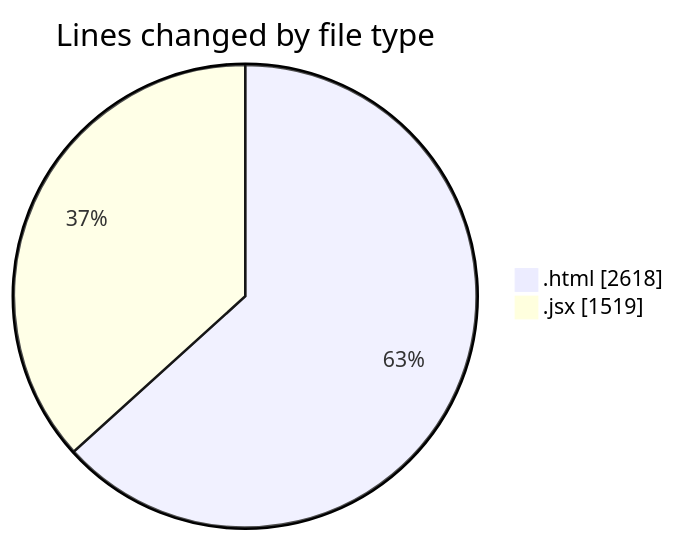
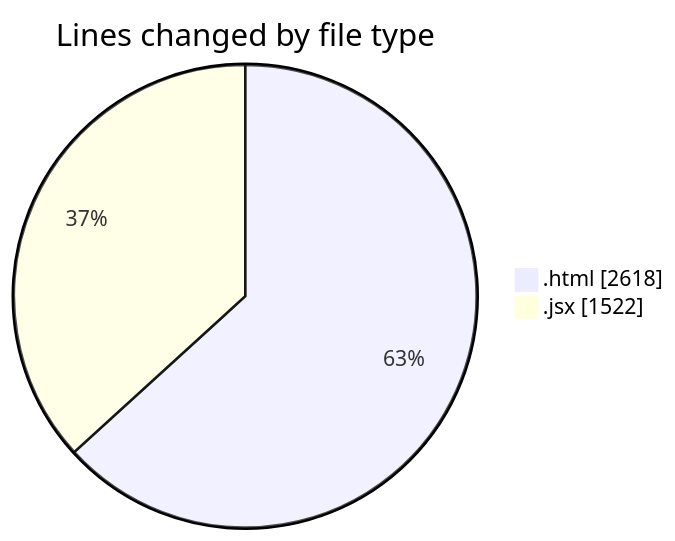
Before and after one commit to nxtqubesakshisongat/code-tracking: the first of 2 diagrams in 2025-08-08/nxtqube_webapp/README.md, drawn with Mermaid. The commit also changed other lines of this file and 1 other file, not shown here.

````diff
--- a/2025-08-08/nxtqube_webapp/README.md
+++ b/2025-08-08/nxtqube_webapp/README.md
@@ -22,6 +22,6 @@
 ```mermaid
 pie showData
 title Lines changed by file type
 ".html" : 2618
-".jsx" : 1519
+".jsx" : 1522
 ```
````
